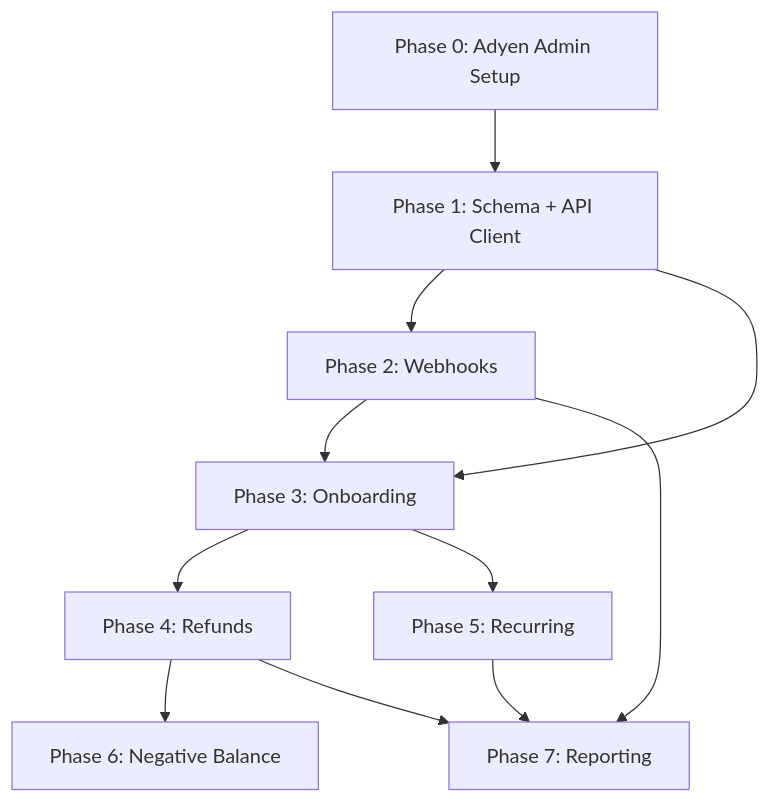
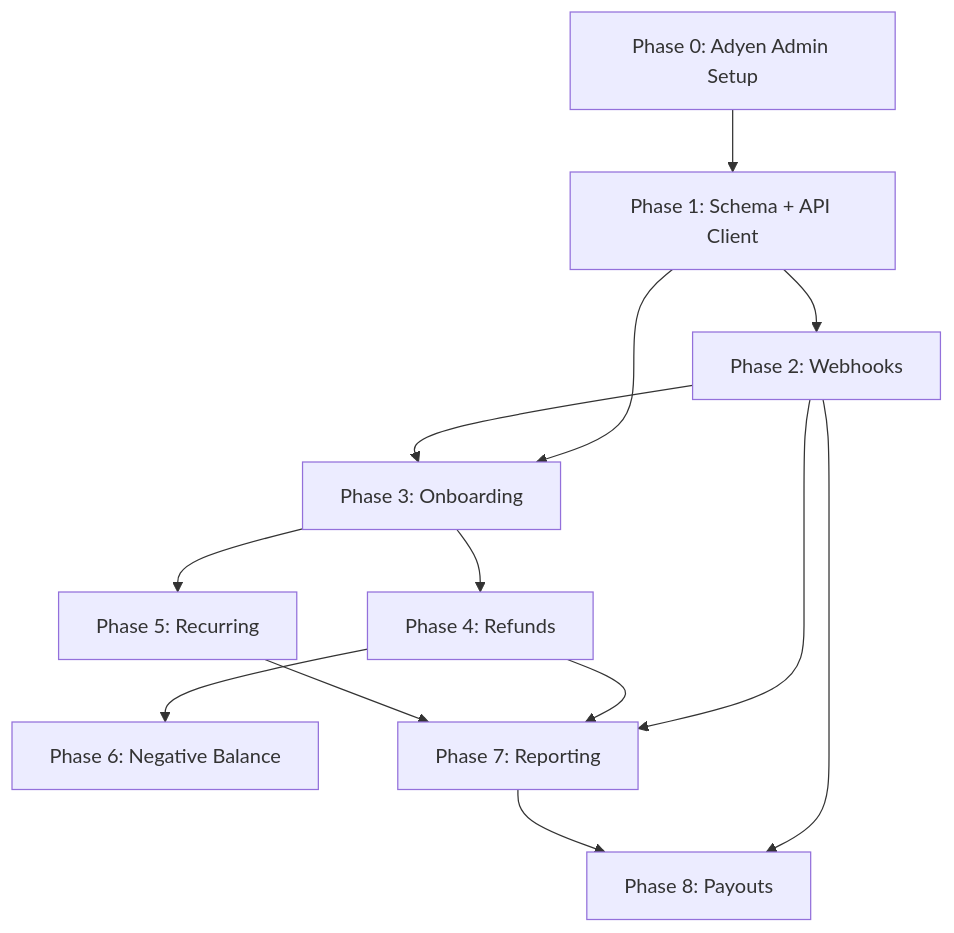
Before and after one commit to nadilifter/twizzle: the diagram in docs/adyen-platform/README.md, drawn with Mermaid. The commit also changed other lines of this file and 7 other files, not shown here.

````diff
--- a/docs/adyen-platform/README.md
+++ b/docs/adyen-platform/README.md
@@ -21,22 +21,25 @@
 ```mermaid
 flowchart TD
     P0["Phase 0: Adyen Admin Setup"]
     P1["Phase 1: Schema + API Client"]
     P2["Phase 2: Webhooks"]
     P3["Phase 3: Onboarding"]
     P4["Phase 4: Refunds"]
     P5["Phase 5: Recurring"]
     P6["Phase 6: Negative Balance"]
     P7["Phase 7: Reporting"]
+    P8["Phase 8: Payouts"]
 
     P0 --> P1
     P1 --> P2
     P1 --> P3
     P2 --> P3
     P3 --> P4
     P3 --> P5
     P4 --> P6
     P2 --> P7
     P4 --> P7
     P5 --> P7
+    P2 --> P8
+    P7 --> P8
 ```
````
